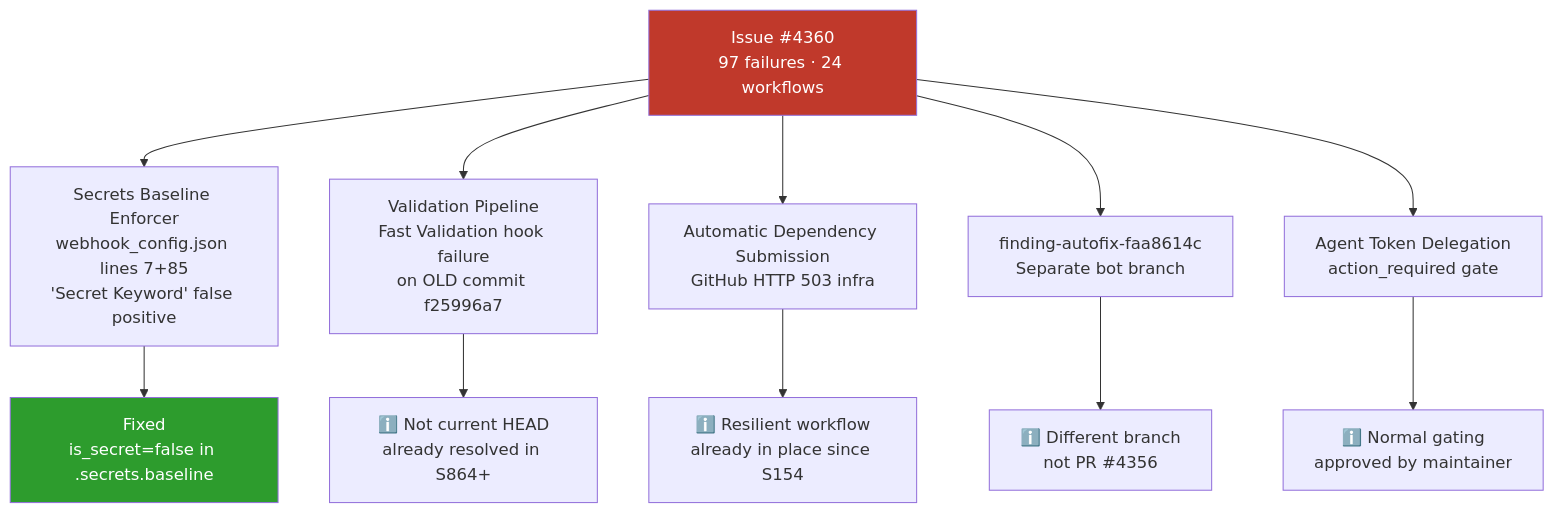
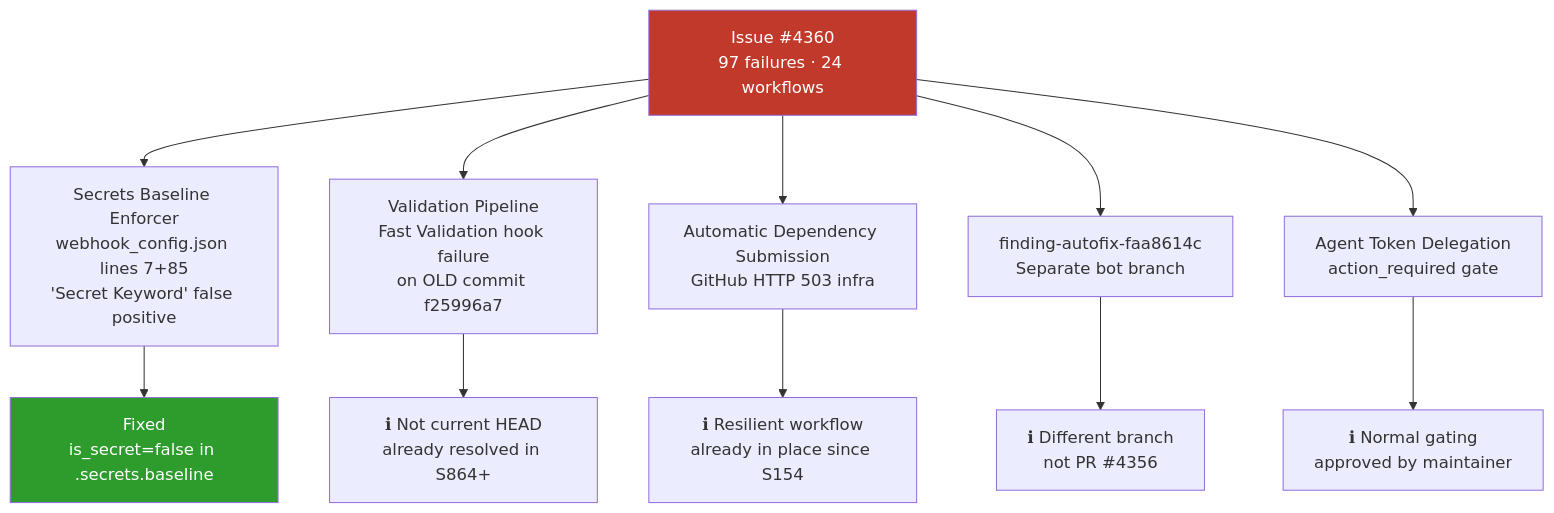
One commit to Aries-Serpent/_codex_ changed the seventh of 9 diagrams in docs/plans/PR4356_session_diagram.md. Above: the diagram before and after it, drawn with Mermaid. The commit also changed other lines of this file and 4117 other files, not shown here.

````diff
--- a/docs/plans/PR4356_session_diagram.md
+++ b/docs/plans/PR4356_session_diagram.md
@@ -292,36 +316,45 @@
 ```mermaid
 %%{init: {'accessibility': {'title': 'Flowchart showing " Issue #4360
+
 97 failures · 24 workflows", " Secrets Baseline Enforcer
 webhook_config.json lines 7+85
 'Secret Keyword' false positive"'}}%%
 graph TD
-    I4360[" Issue #4360
+ I4360[" Issue #4360
 97 failures · 24 workflows"]
 
-    I4360 --> P1[" Secrets Baseline Enforcer
+ I4360 --> P1[" Secrets Baseline Enforcer
 webhook_config.json lines 7+85
 'Secret Keyword' false positive"]
-    I4360 --> P2["Validation Pipeline
+
+ I4360 --> P2["Validation Pipeline
 Fast Validation hook failure
 on OLD commit f25996a7"]
-    I4360 --> P3["Automatic Dependency Submission
+
+ I4360 --> P3["Automatic Dependency Submission
 GitHub HTTP 503 infra"]
-    I4360 --> P4["finding-autofix-faa8614c
+
+ I4360 --> P4["finding-autofix-faa8614c
 Separate bot branch"]
-    I4360 --> P5["Agent Token Delegation
+
+ I4360 --> P5["Agent Token Delegation
 action_required gate"]
 
-    P1 --> FIX1[" Fixed
+ P1 --> FIX1[" Fixed
 is_secret=false in .secrets.baseline"]
-    P2 --> INFO1["ℹ️ Not current HEAD
+
+ P2 --> INFO1["ℹ Not current HEAD
 already resolved in S864+"]
-    P3 --> INFO2["ℹ️ Resilient workflow
+
+ P3 --> INFO2["ℹ Resilient workflow
 already in place since S154"]
-    P4 --> INFO3["ℹ️ Different branch
+
+ P4 --> INFO3["ℹ Different branch
 not PR #4356"]
-    P5 --> INFO4["ℹ️ Normal gating
+
+ P5 --> INFO4["ℹ Normal gating
 approved by maintainer"]
 
-    style FIX1 fill:#2d9c2d,color:#fff
-    style I4360 fill:#c0392b,color:#fff
+ style FIX1 fill:#2d9c2d,color:#fff
+ style I4360 fill:#c0392b,color:#fff
 ```
````
